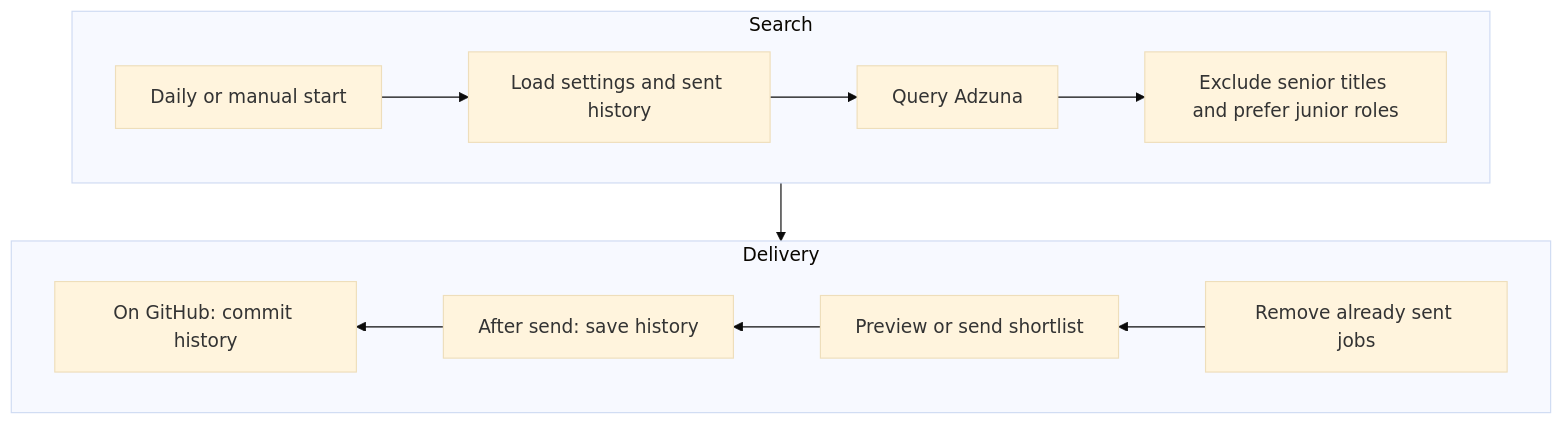
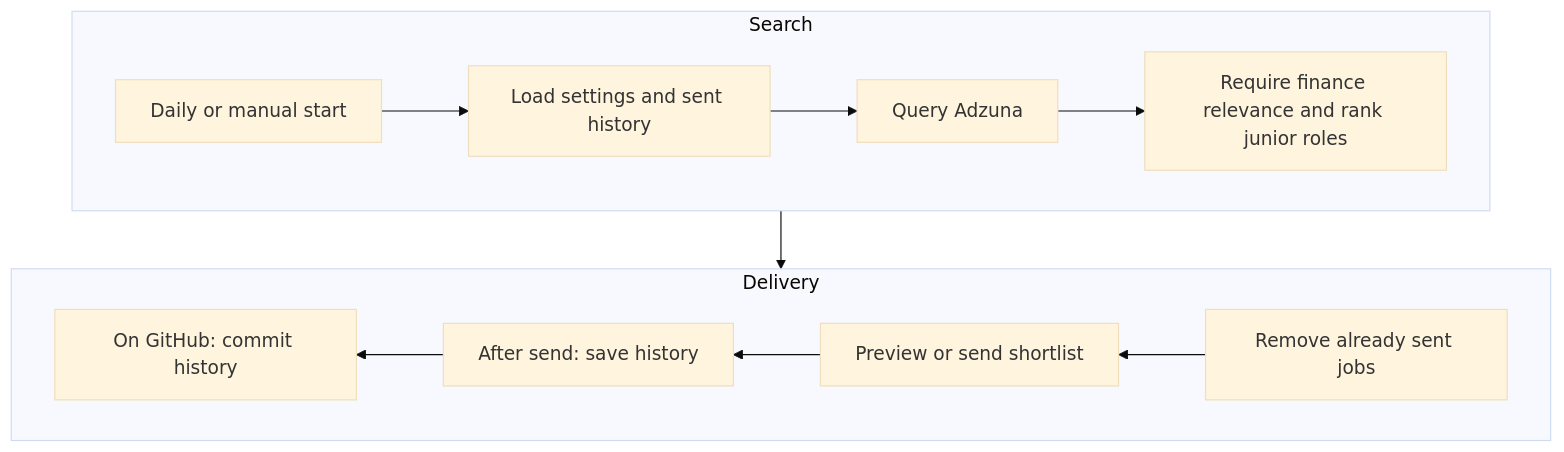
The diagram in README.md (NnamdiOdozi/Adzuna_jobs_bot), drawn with Mermaid (base theme) before and after one commit. The commit also changed other lines of this file and 10 other files, not shown here.

Commit message:
Require finance relevance before ranking and exclude controllers

````diff
--- a/README.md
+++ b/README.md
@@ -15,16 +16,16 @@
 ```mermaid
 flowchart TB
   subgraph first[Search]
     direction LR
     A[Daily or manual start] --> B[Load settings and sent history]
     B --> C[Query Adzuna]
-    C --> D[Exclude senior titles and prefer junior roles]
+    C --> D[Require finance relevance and rank junior roles]
   end
   subgraph second[Delivery]
     direction RL
     E[Remove already sent jobs] --> F[Preview or send shortlist]
     F --> G[After send: save history]
     G --> H[On GitHub: commit history]
   end
   D --> E
 ```
````
